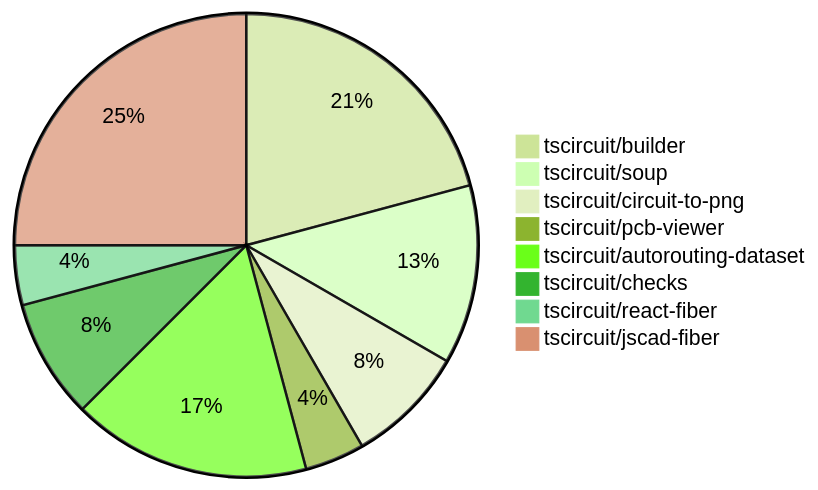
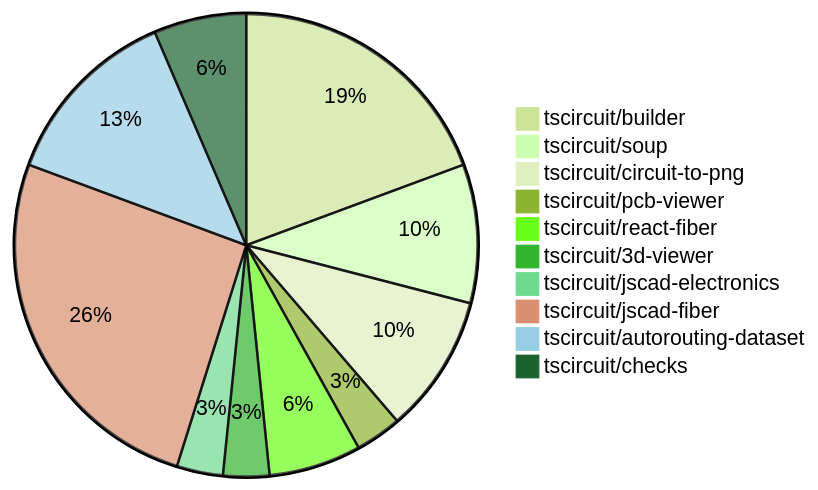
Before and after one commit to tscircuit/contribution-tracker: the diagram in README.md, drawn with Mermaid (forest theme). The commit also changed other lines of this file and 1 other file, not shown here.

````diff
--- a/README.md
+++ b/README.md
@@ -24,11 +24,13 @@
 ```mermaid
 pie
-    "tscircuit/builder" : 5
+    "tscircuit/builder" : 6
     "tscircuit/soup" : 3
-    "tscircuit/circuit-to-png" : 2
+    "tscircuit/circuit-to-png" : 3
     "tscircuit/pcb-viewer" : 1
+    "tscircuit/react-fiber" : 2
+    "tscircuit/3d-viewer" : 1
+    "tscircuit/jscad-electronics" : 1
+    "tscircuit/jscad-fiber" : 8
     "tscircuit/autorouting-dataset" : 4
     "tscircuit/checks" : 2
-    "tscircuit/react-fiber" : 1
-    "tscircuit/jscad-fiber" : 6
 ```
````
